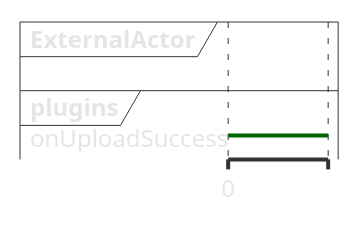
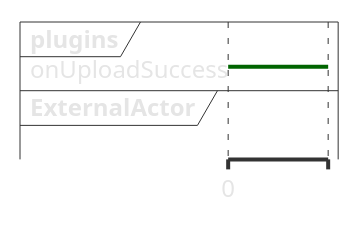
One commit to AhmadHassan-BTed/OpenHeart changed the diagram in web/diagrams/timing.puml. Above: the diagram before and after it, drawn with PlantUML. The commit also changed other lines of this file and 41 other files, not shown here.

Commit message:
feat: implement multi-diagram JSON export support, enable dark theme for code editor, and update diagram metadata structures

```diff
--- a/web/diagrams/timing.puml
+++ b/web/diagrams/timing.puml
@@ -1,54 +1,54 @@
 @startuml
 skinparam backgroundColor transparent
 skinparam monochrome false
 skinparam shadowing false
 skinparam roundcorner 6
 skinparam defaultFontName "Space Grotesk", "Segoe UI", sans-serif
 skinparam defaultFontColor #e5e5e5
 skinparam defaultFontSize 12
 skinparam ArrowColor #38bdf8
 skinparam ArrowThickness 1.5
 skinparam packageStyle rectangle
 skinparam PackageBorderColor #facc15
 skinparam PackageBackgroundColor #0f141c
 skinparam PackageFontColor #facc15
 skinparam ClassBorderColor #38bdf8
 skinparam ClassBackgroundColor #14171f
 skinparam ClassHeaderBackgroundColor #1e2433
 skinparam ClassFontColor #ffffff
 skinparam ObjectBorderColor #38bdf8
 skinparam ObjectBackgroundColor #14171f
 skinparam ObjectFontColor #ffffff
 skinparam ComponentBorderColor #38bdf8
 skinparam ComponentBackgroundColor #14171f
 skinparam ComponentFontColor #ffffff
 skinparam NodeBorderColor #38bdf8
 skinparam NodeBackgroundColor #14171f
 skinparam NodeFontColor #ffffff
 skinparam StateBorderColor #38bdf8
 skinparam StateBackgroundColor #14171f
 skinparam StateFontColor #ffffff
 skinparam ActivityBorderColor #38bdf8
 skinparam ActivityBackgroundColor #14171f
 skinparam ActivityFontColor #ffffff
 skinparam SequenceLifeLineBorderColor #38bdf8
 skinparam SequenceLifeLineBackgroundColor #14171f
 skinparam SequenceGroupBorderColor #facc15
 skinparam SequenceGroupBackgroundColor #0f141c
 skinparam SequenceGroupFontColor #facc15
 skinparam ParticipantBorderColor #38bdf8
 skinparam ParticipantBackgroundColor #14171f
 skinparam ParticipantFontColor #ffffff
 skinparam ActorBorderColor #facc15
 skinparam ActorBackgroundColor #14171f
 skinparam ActorFontColor #ffffff
 skinparam UsecaseBorderColor #38bdf8
 skinparam UsecaseBackgroundColor #14171f
 skinparam UsecaseFontColor #ffffff
 
+robust "plugins" as tl_plugins
 robust "ExternalActor" as tl_ExternalActor
-robust "plugins" as tl_plugins
 
 @0
 tl_plugins is onUploadSuccess
 @enduml
```
